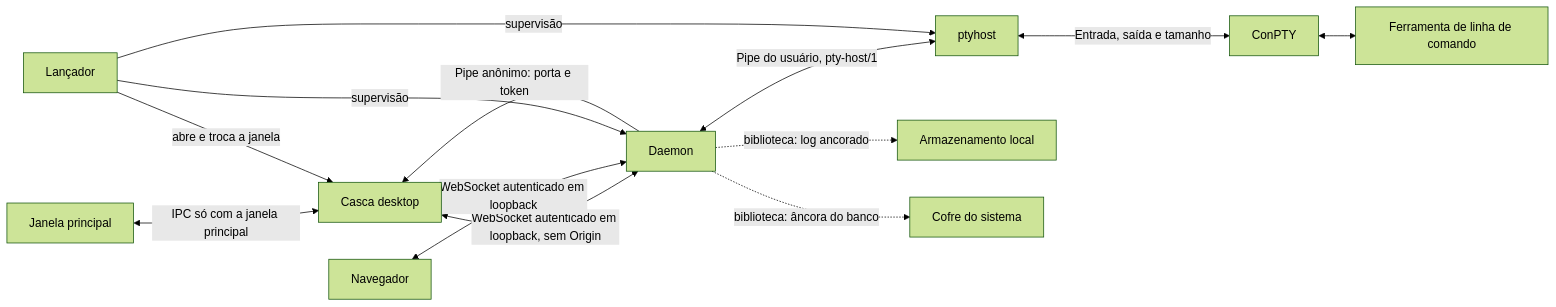
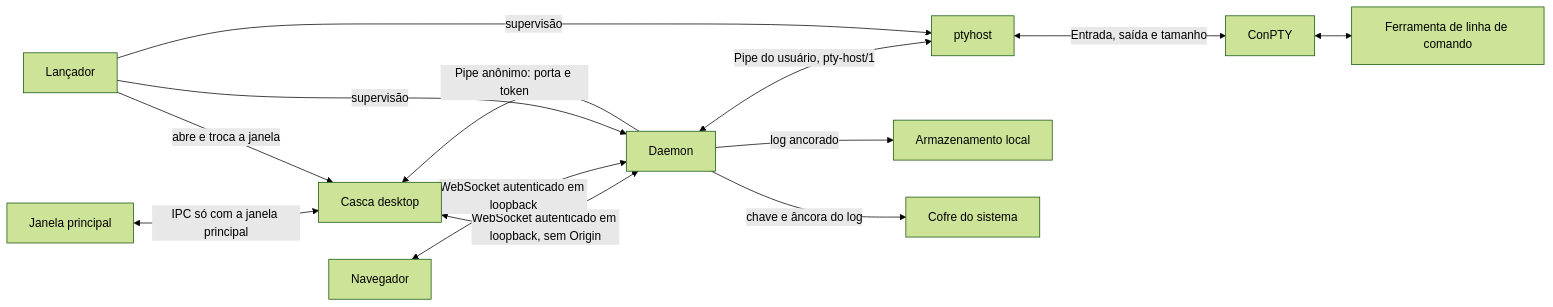
One commit to n33miaz/ai-develop-setup changed the diagram in docs/architecture.md. Above: the diagram before and after it, drawn with Mermaid (forest theme). The commit also changed other lines of this file, not shown here.

Commit message:
docs(architecture): align with recent changes

````diff
--- a/docs/architecture.md
+++ b/docs/architecture.md
@@ -5,25 +5,25 @@
 ```mermaid
 flowchart LR
     Window["Janela principal"]
     Shell["Casca desktop"]
     Browser["Navegador"]
     Daemon["Daemon"]
     Host["ptyhost"]
     Terminal["ConPTY"]
     Tool["Ferramenta de linha de comando"]
     Launcher["Lançador"]
     Storage["Armazenamento local"]
     Vault["Cofre do sistema"]
     Window <-->|IPC só com a janela principal| Shell
     Daemon -->|Pipe anônimo: porta e token| Shell
     Shell <-->|WebSocket autenticado em loopback, sem Origin| Daemon
     Browser <-->|WebSocket autenticado em loopback| Daemon
     Daemon <-->|Pipe do usuário, pty-host/1| Host
     Host <-->|Entrada, saída e tamanho| Terminal
     Terminal <--> Tool
     Launcher -->|supervisão| Daemon
     Launcher -->|supervisão| Host
     Launcher -->|abre e troca a janela| Shell
-    Daemon -.->|biblioteca: log ancorado| Storage
-    Daemon -.->|biblioteca: âncora do banco| Vault
+    Daemon -->|log ancorado| Storage
+    Daemon -->|chave e âncora do log| Vault
 ```
````
